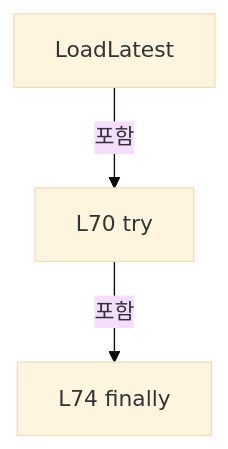
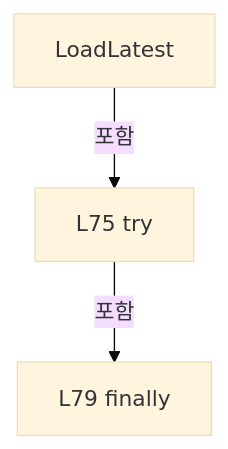
The first of 19 diagrams in A3 LD Code Ref/files/Drilling.File/ReviewOffset/CReviewOffsetFile.cs.md (kjuws10-rgb/Shared), drawn with Mermaid (base theme) before and after one commit. The commit also changed other lines of this file and 2071 other files, not shown here.

Commit message:
docs(a3): update 11.19.0 architecture and code reference

````diff
--- a/A3 LD Code Ref/files/Drilling.File/ReviewOffset/CReviewOffsetFile.cs.md
+++ b/A3 LD Code Ref/files/Drilling.File/ReviewOffset/CReviewOffsetFile.cs.md
@@ -408,8 +439,8 @@
 ```mermaid
 flowchart TD
  M["LoadLatest"]
- N0["L70 try"]
+ N0["L75 try"]
  M -->|포함| N0
- N1["L74 finally"]
+ N1["L79 finally"]
  N0 -->|포함| N1
 ```
````
